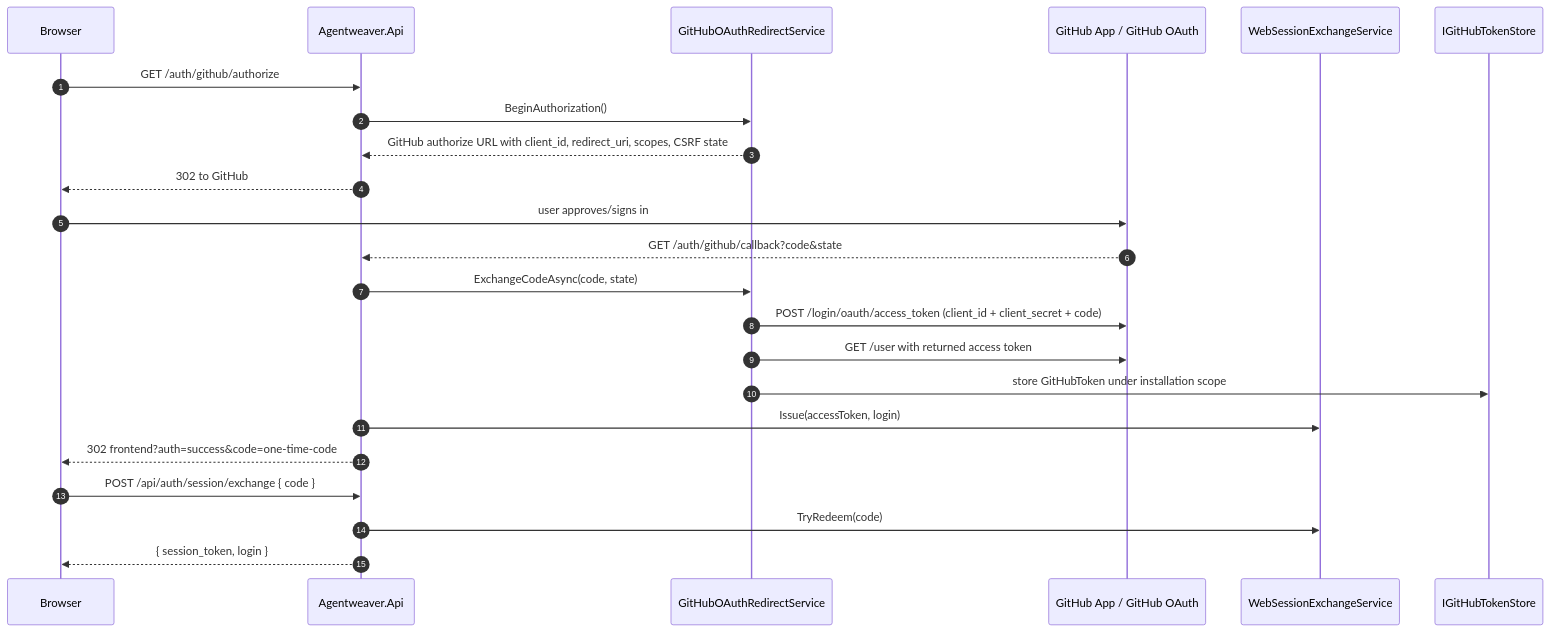
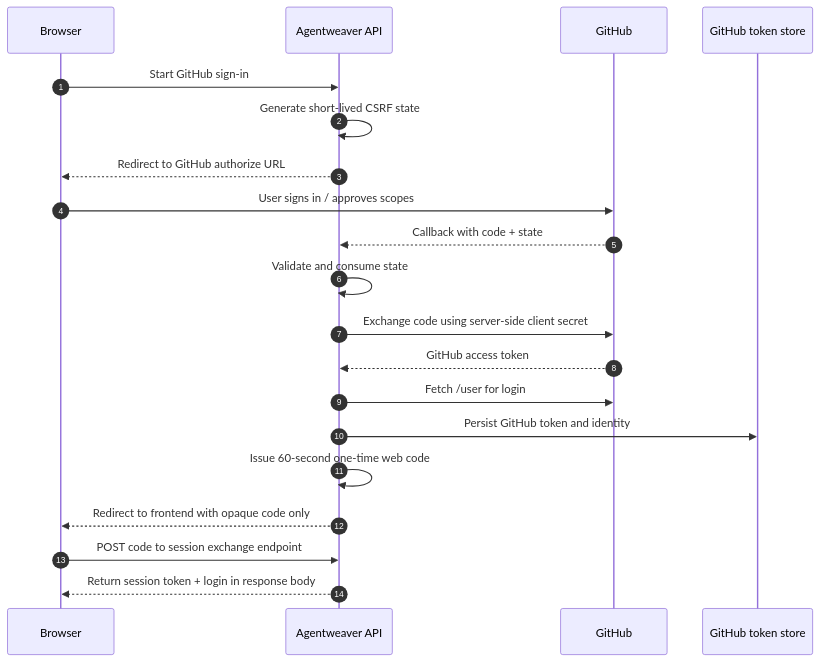
Before and after one commit to sabbour/agentweaver: the first of 5 diagrams in docs/deep-dive/auth-security.md, drawn with Mermaid. The commit also changed other lines of this file and 12 other files, not shown here.

````diff
--- a/docs/deep-dive/auth-security.md
+++ b/docs/deep-dive/auth-security.md
@@ -21,26 +63,23 @@
 ```mermaid
 sequenceDiagram
     autonumber
     participant Browser
-    participant API as Agentweaver.Api
-    participant OAuth as GitHubOAuthRedirectService
-    participant GitHub as GitHub App / GitHub OAuth
-    participant Exchange as WebSessionExchangeService
-    participant Store as IGitHubTokenStore
+    participant API as Agentweaver API
+    participant GitHub
+    participant Store as GitHub token store
 
-    Browser->>API: GET /auth/github/authorize
-    API->>OAuth: BeginAuthorization()
-    OAuth-->>API: GitHub authorize URL with client_id, redirect_uri, scopes, CSRF state
-    API-->>Browser: 302 to GitHub
-    Browser->>GitHub: user approves/signs in
-    GitHub-->>API: GET /auth/github/callback?code&state
-    API->>OAuth: ExchangeCodeAsync(code, state)
-    OAuth->>GitHub: POST /login/oauth/access_token (client_id + client_secret + code)
-    OAuth->>GitHub: GET /user with returned access token
-    OAuth->>Store: store GitHubToken under installation scope
-    API->>Exchange: Issue(accessToken, login)
-    API-->>Browser: 302 frontend?auth=success&code=one-time-code
-    Browser->>API: POST /api/auth/session/exchange { code }
-    API->>Exchange: TryRedeem(code)
-    API-->>Browser: { session_token, login }
+    Browser->>API: Start GitHub sign-in
+    API->>API: Generate short-lived CSRF state
+    API-->>Browser: Redirect to GitHub authorize URL
+    Browser->>GitHub: User signs in / approves scopes
+    GitHub-->>API: Callback with code + state
+    API->>API: Validate and consume state
+    API->>GitHub: Exchange code using server-side client secret
+    GitHub-->>API: GitHub access token
+    API->>GitHub: Fetch /user for login
+    API->>Store: Persist GitHub token and identity
+    API->>API: Issue 60-second one-time web code
+    API-->>Browser: Redirect to frontend with opaque code only
+    Browser->>API: POST code to session exchange endpoint
+    API-->>Browser: Return session token + login in response body
 ```
````
